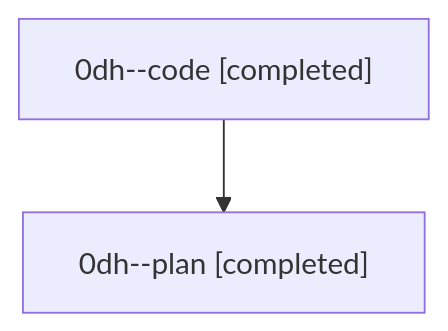
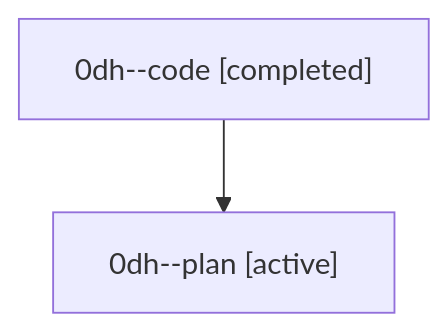
The diagram in families/bbugyi200.athena.0dh.md (sase-org/sase--agents), drawn with Mermaid before and after one commit. The commit also changed other lines of this file and 35830 other files, not shown here.

````diff
--- a/families/bbugyi200.athena.0dh.md
+++ b/families/bbugyi200.athena.0dh.md
@@ -9,6 +9,6 @@
 ```mermaid
 flowchart TD
   n0["0dh--code [completed]"]
-  n1["0dh--plan [completed]"]
+  n1["0dh--plan [active]"]
   n0 --> n1
 ```
````
